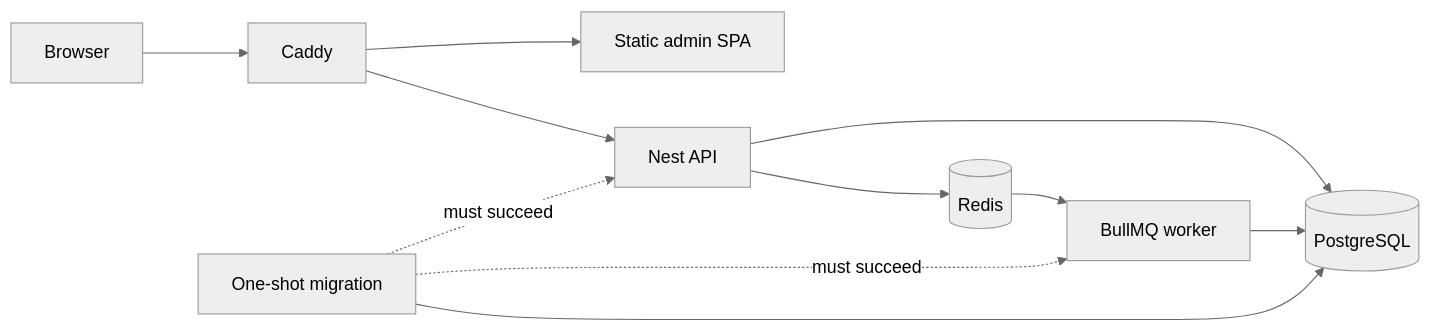
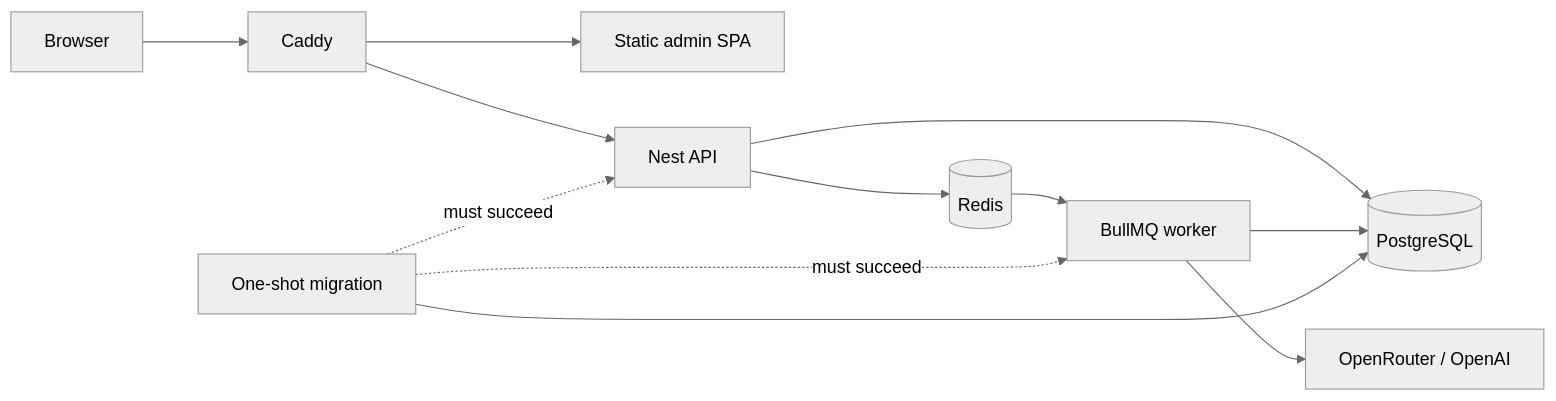
One commit to johnakisk0700/slopform changed the diagram in docs/deployment.md. Above: the diagram before and after it, drawn with Mermaid (neutral theme). The commit also changed other lines of this file and 158 other files, not shown here.

````diff
--- a/docs/deployment.md
+++ b/docs/deployment.md
@@ -17,13 +17,14 @@
 ```mermaid
 flowchart LR
   Browser --> Caddy
   Caddy --> Web["Static admin SPA"]
   Caddy --> API["Nest API"]
   API --> DB[(PostgreSQL)]
   API --> Redis[(Redis)]
   Redis --> Worker["BullMQ worker"]
   Worker --> DB
+  Worker --> AI["OpenRouter / OpenAI"]
   Migrate["One-shot migration"] --> DB
   Migrate -. "must succeed" .-> API
   Migrate -. "must succeed" .-> Worker
 ```
````
